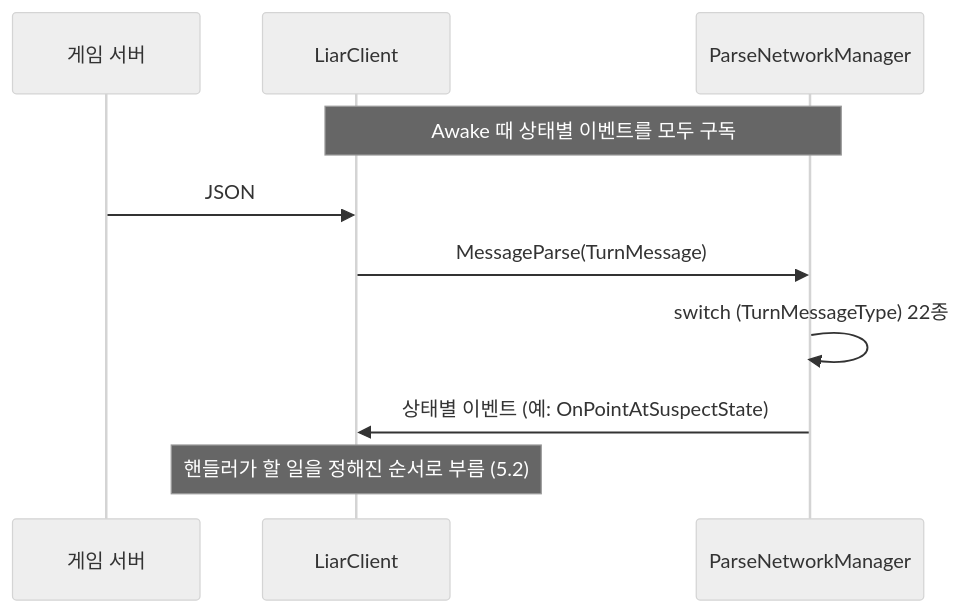
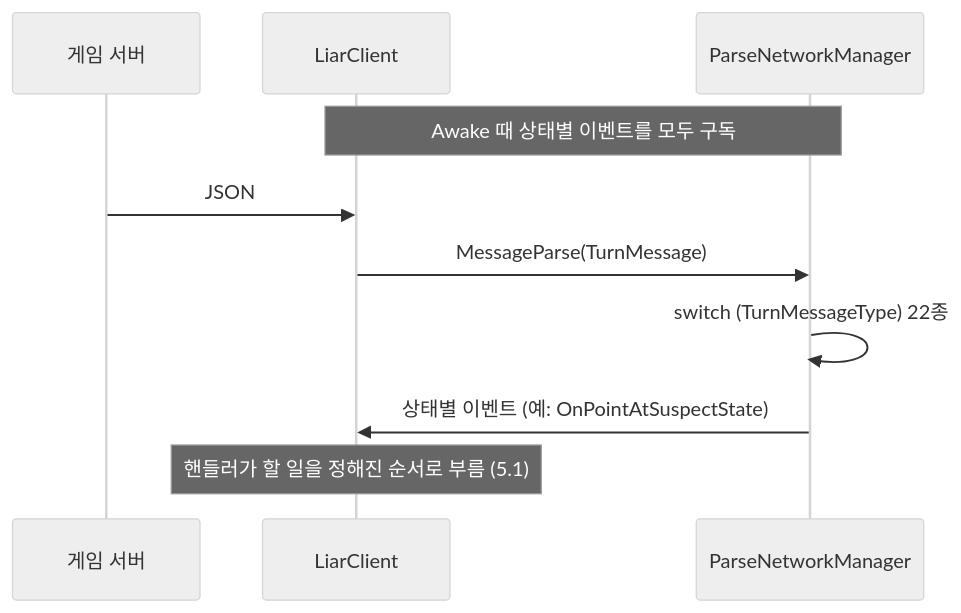
The third of 7 diagrams in src/IfIWasInMarket/IfIWasInMarket_기술문서.md (rlawlsdn77/portfolio), drawn with Mermaid (neutral theme) before and after one commit. The commit also changed other lines of this file and 2 other files, not shown here.

````diff
--- a/src/IfIWasInMarket/IfIWasInMarket_기술문서.md
+++ b/src/IfIWasInMarket/IfIWasInMarket_기술문서.md
@@ -251,12 +233,12 @@
 ```mermaid
 sequenceDiagram
     participant SV as 게임 서버
     participant LC as LiarClient
     participant PN as ParseNetworkManager
     Note over LC,PN: Awake 때 상태별 이벤트를 모두 구독
     SV->>LC: JSON
     LC->>PN: MessageParse(TurnMessage)
     PN->>PN: switch (TurnMessageType) 22종
     PN->>LC: 상태별 이벤트 (예: OnPointAtSuspectState)
-    Note over LC: 핸들러가 할 일을 정해진 순서로 부름 (5.2)
+    Note over LC: 핸들러가 할 일을 정해진 순서로 부름 (5.1)
 ```
````
